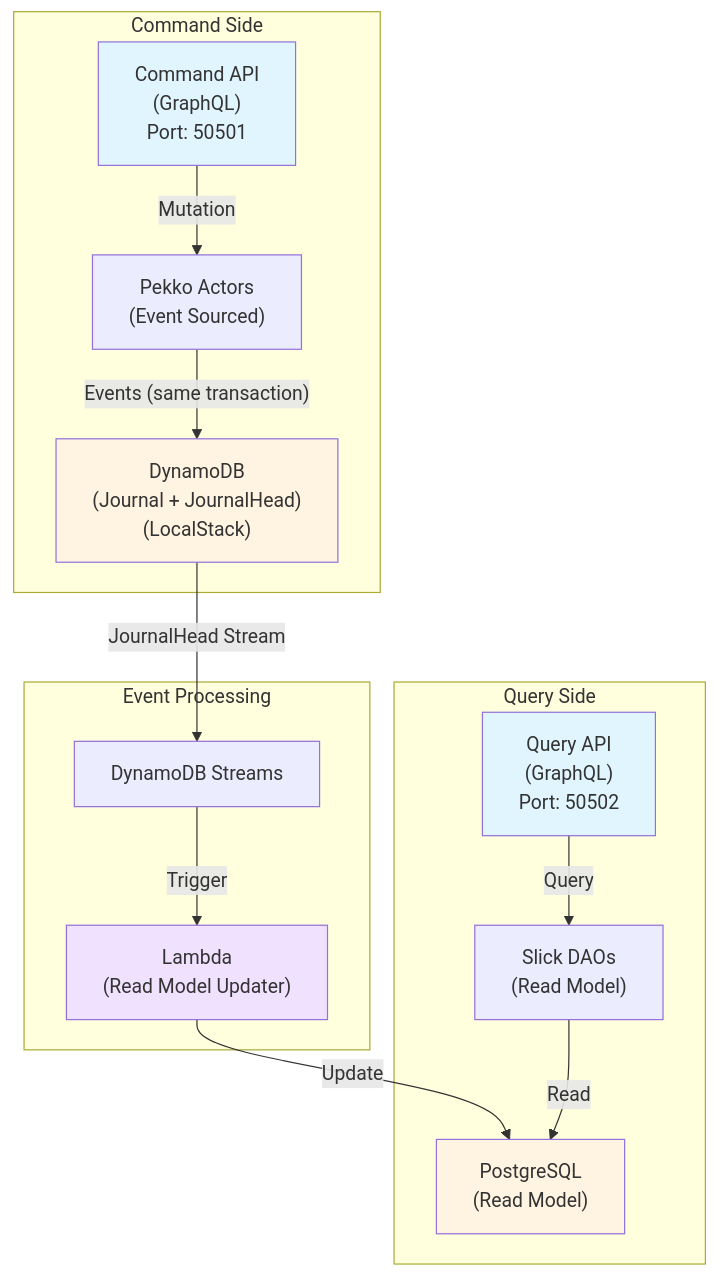
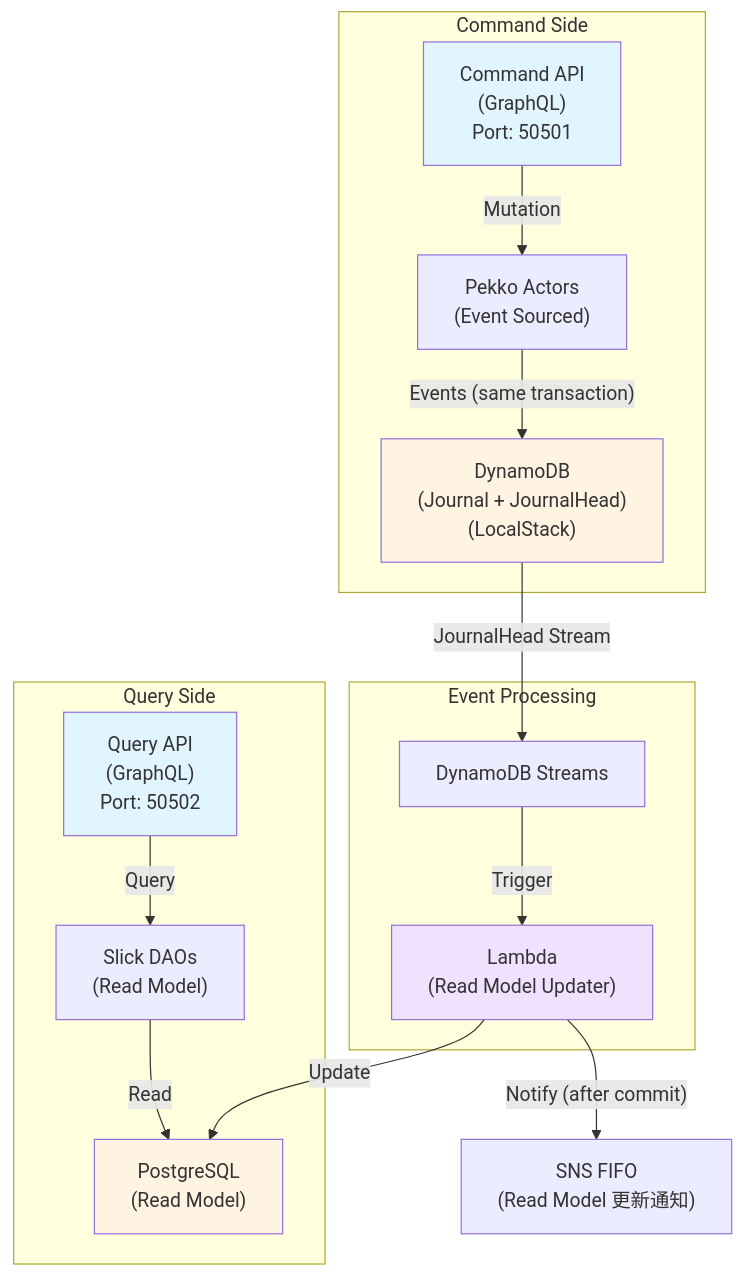
One commit to j5ik2o/pekko-cqrs-es-example changed the diagram in README.md. Above: the diagram before and after it, drawn with Mermaid. The commit also changed other lines of this file and 18 other files, not shown here.

First line of the commit message:
feat: Effector 0.8.16 へ上げ、Read Model 更新後の通知を追加する (#32)

````diff
--- a/README.md
+++ b/README.md
@@ -15,33 +15,34 @@
 ```mermaid
 graph TB
     subgraph "Command Side"
         CommandAPI["Command API<br/>(GraphQL)<br/>Port: 50501"]
         PekkoActors["Pekko Actors<br/>(Event Sourced)"]
         DynamoDB["DynamoDB<br/>(Journal + JournalHead)<br/>(LocalStack)"]
     end
 
     subgraph "Query Side"
         QueryAPI["Query API<br/>(GraphQL)<br/>Port: 50502"]
         SlickDAOs["Slick DAOs<br/>(Read Model)"]
         PostgreSQL["PostgreSQL<br/>(Read Model)"]
     end
 
     subgraph "Event Processing"
         Lambda["Lambda<br/>(Read Model Updater)"]
         Streams["DynamoDB Streams"]
     end
 
     CommandAPI -->|Mutation| PekkoActors
     PekkoActors -->|"Events (same transaction)"| DynamoDB
     DynamoDB -->|JournalHead Stream| Streams
     Streams -->|Trigger| Lambda
     Lambda -->|Update| PostgreSQL
+    Lambda -->|"Notify (after commit)"| SNS["SNS FIFO<br/>(Read Model 更新通知)"]
     QueryAPI -->|Query| SlickDAOs
     SlickDAOs -->|Read| PostgreSQL
 
     style CommandAPI fill:#e1f5ff
     style QueryAPI fill:#e1f5ff
     style DynamoDB fill:#fff4e1
     style PostgreSQL fill:#fff4e1
     style Lambda fill:#f0e1ff
 ```
````
